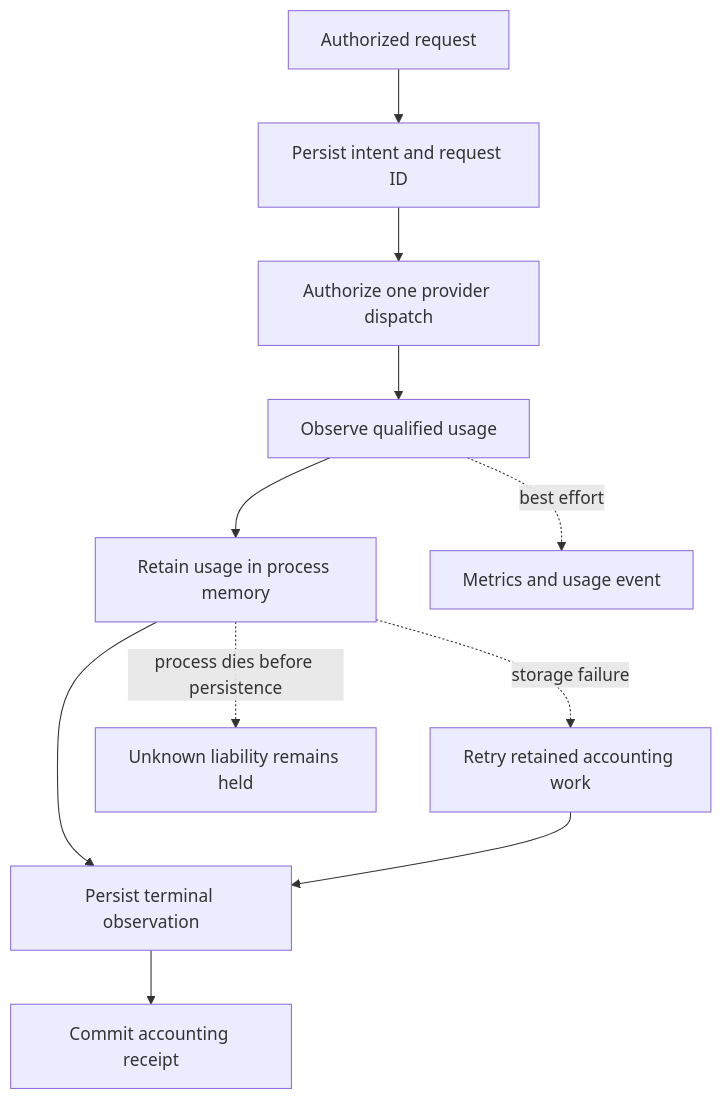
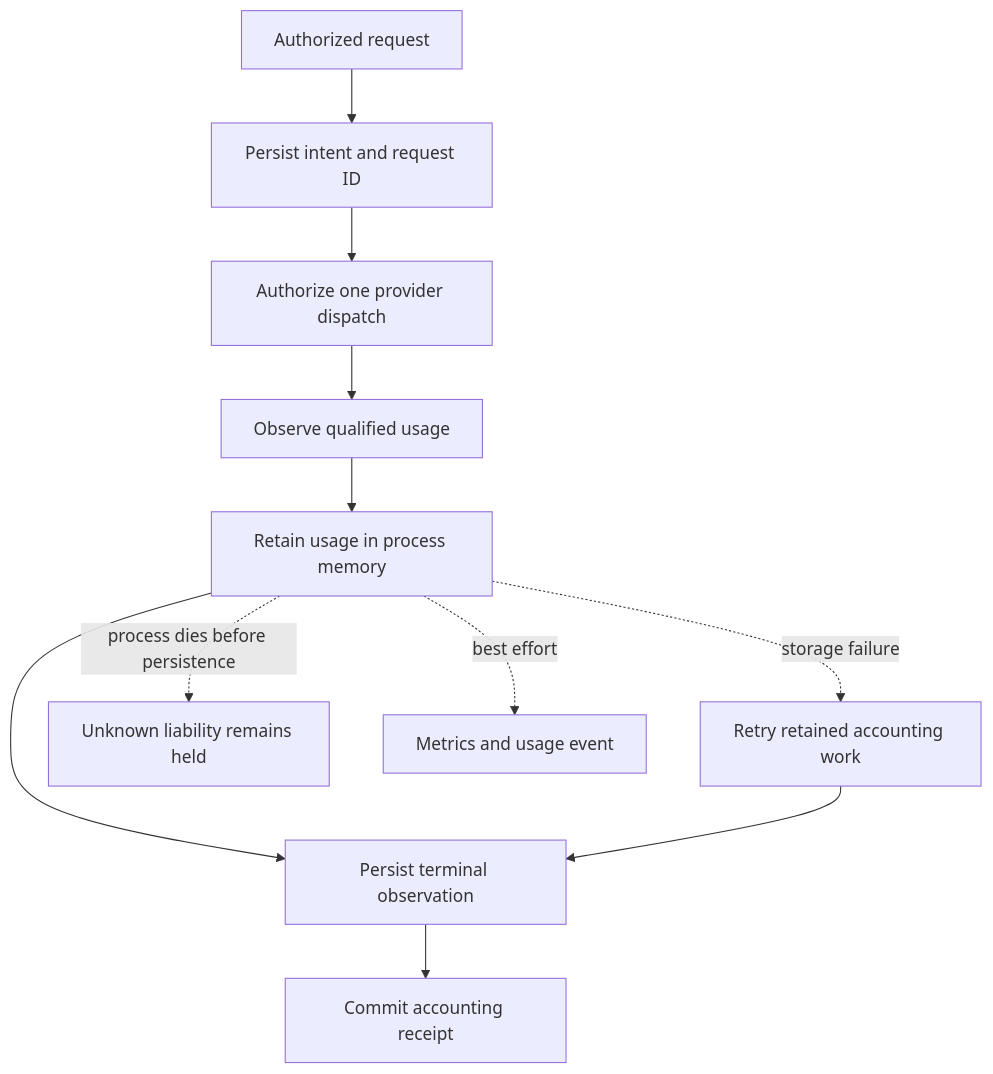
Before and after one commit to anvai-labs/sandhi: the diagram in docs/operator/buffered-accounting.md, drawn with Mermaid. The commit also changed other lines of this file, not shown here.

Commit message:
docs: preserve retain-before-telemetry ordering

````diff
--- a/docs/operator/buffered-accounting.md
+++ b/docs/operator/buffered-accounting.md
@@ -14,13 +14,13 @@
 ```mermaid
 flowchart TD
     A[Authorized request] --> B[Persist intent and request ID]
     B --> C[Authorize one provider dispatch]
     C --> D[Observe qualified usage]
     D --> E[Retain usage in process memory]
     E --> F[Persist terminal observation]
     F --> G[Commit accounting receipt]
     E -. storage failure .-> H[Retry retained accounting work]
     H --> F
     E -. process dies before persistence .-> I[Unknown liability remains held]
-    D -. best effort .-> J[Metrics and usage event]
+    E -. best effort .-> J[Metrics and usage event]
 ```
````
